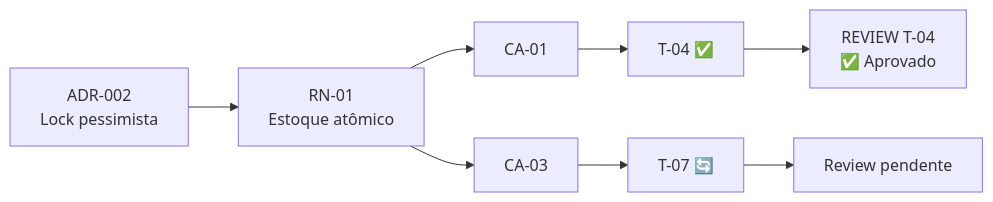
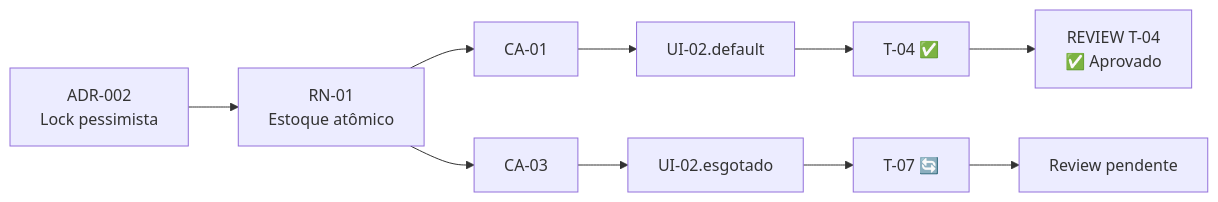
Before and after one commit to leanwork/leanwork-sdd: the diagram in commands/leanwork-trace.md, drawn with Mermaid. The commit also changed other lines of this file and 21 other files, not shown here.

````diff
--- a/commands/leanwork-trace.md
+++ b/commands/leanwork-trace.md
@@ -79,10 +91,12 @@
 ```mermaid
 graph LR
     ADR002[ADR-002<br/>Lock pessimista] --> RN01[RN-01<br/>Estoque atômico]
     RN01 --> CA01[CA-01]
     RN01 --> CA03[CA-03]
-    CA01 --> T04[T-04 ✅]
-    CA03 --> T07[T-07 🔄]
+    CA01 --> UI02[UI-02.default]
+    CA03 --> UI02e[UI-02.esgotado]
+    UI02 --> T04[T-04 ✅]
+    UI02e --> T07[T-07 🔄]
     T04 --> Rev04[REVIEW T-04<br/>✅ Aprovado]
     T07 --> RevPending[Review pendente]
 ```
````
